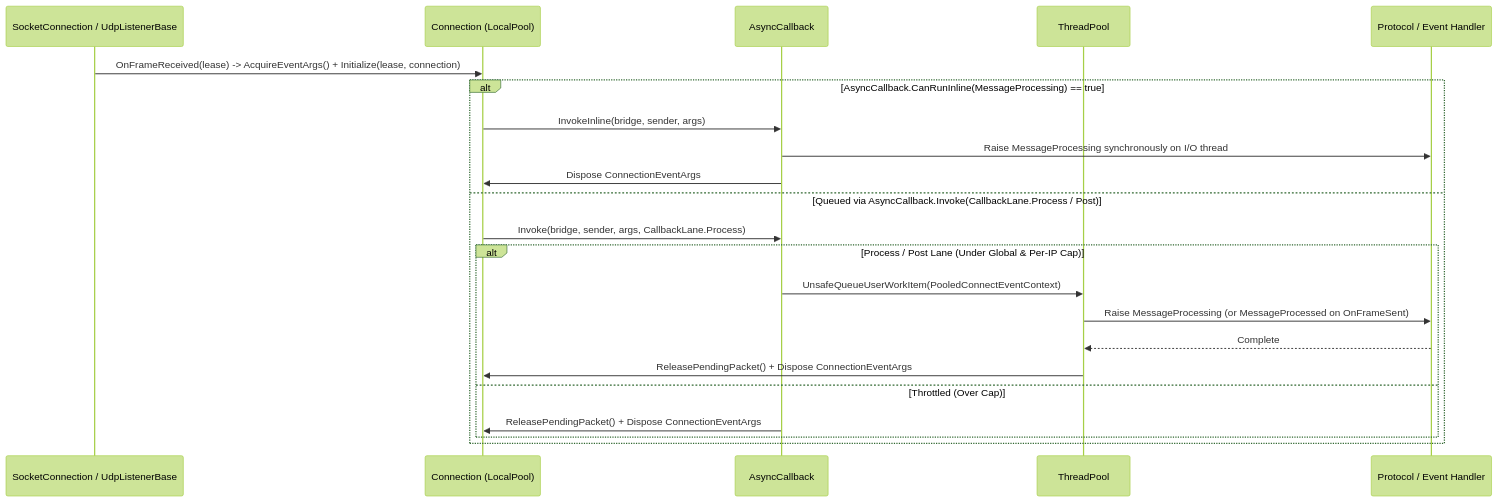
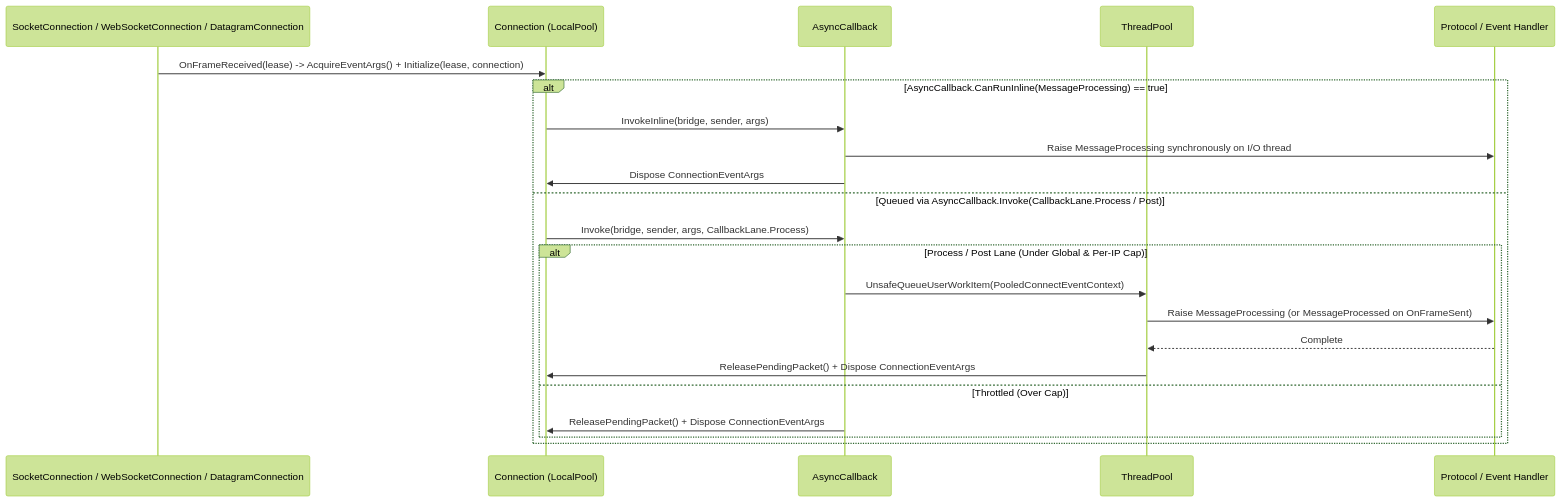
Before and after one commit to ppn-systems/nalix-docs: the diagram in src/content/docs/en-us/api/network/connection/connection-events.md, drawn with Mermaid (forest theme). The commit also changed other lines of this file and 257 other files, not shown here.

````diff
--- a/src/content/docs/en-us/api/network/connection/connection-events.md
+++ b/src/content/docs/en-us/api/network/connection/connection-events.md
@@ -23,25 +25,25 @@
 ```mermaid
 sequenceDiagram
-    participant S as SocketConnection / UdpListenerBase
+    participant S as SocketConnection / WebSocketConnection / DatagramConnection
     participant C as Connection (LocalPool)
     participant AC as AsyncCallback
     participant TP as ThreadPool
     participant H as Protocol / Event Handler
 
     S->>C: OnFrameReceived(lease) -> AcquireEventArgs() + Initialize(lease, connection)
     alt AsyncCallback.CanRunInline(MessageProcessing) == true
         C->>AC: InvokeInline(bridge, sender, args)
         AC->>H: Raise MessageProcessing synchronously on I/O thread
         AC->>C: Dispose ConnectionEventArgs
     else Queued via AsyncCallback.Invoke(CallbackLane.Process / Post)
         C->>AC: Invoke(bridge, sender, args, CallbackLane.Process)
         alt Process / Post Lane (Under Global & Per-IP Cap)
             AC->>TP: UnsafeQueueUserWorkItem(PooledConnectEventContext)
             TP->>H: Raise MessageProcessing (or MessageProcessed on OnFrameSent)
             H-->>TP: Complete
             TP->>C: ReleasePendingPacket() + Dispose ConnectionEventArgs
         else Throttled (Over Cap)
             AC->>C: ReleasePendingPacket() + Dispose ConnectionEventArgs
         end
     end
 ```
````
